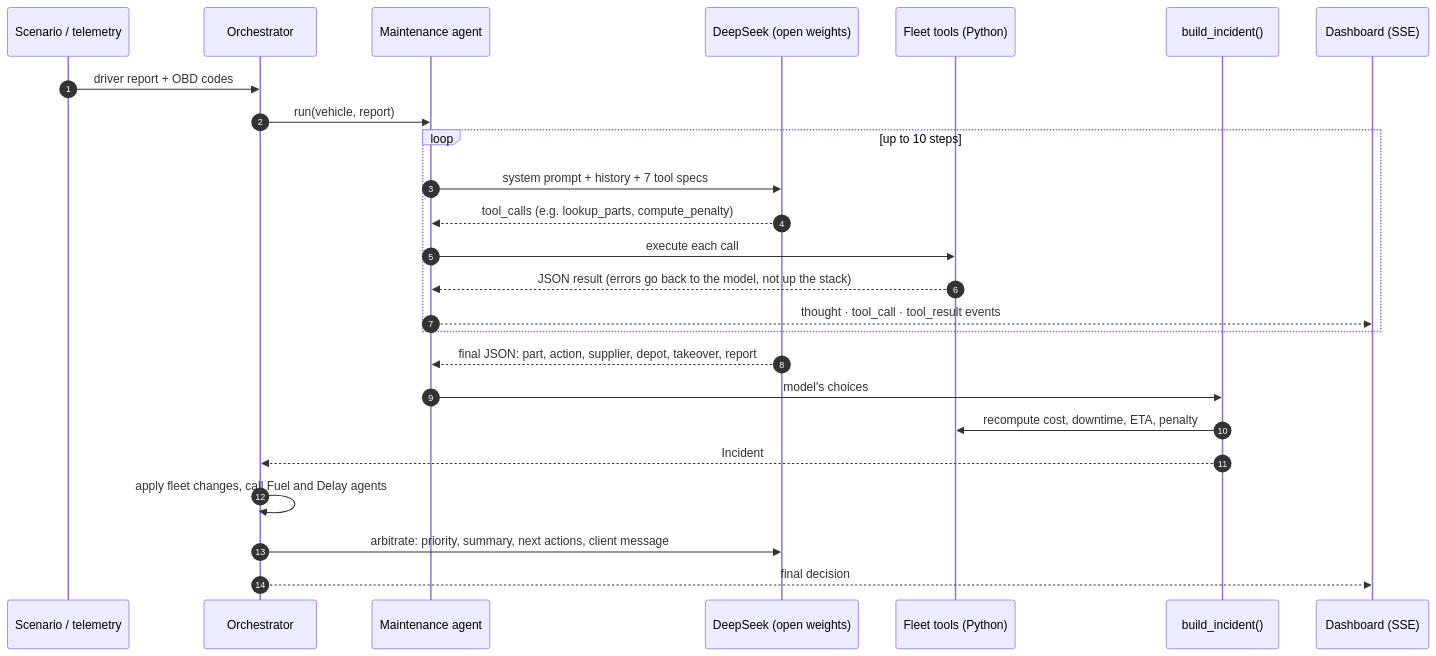
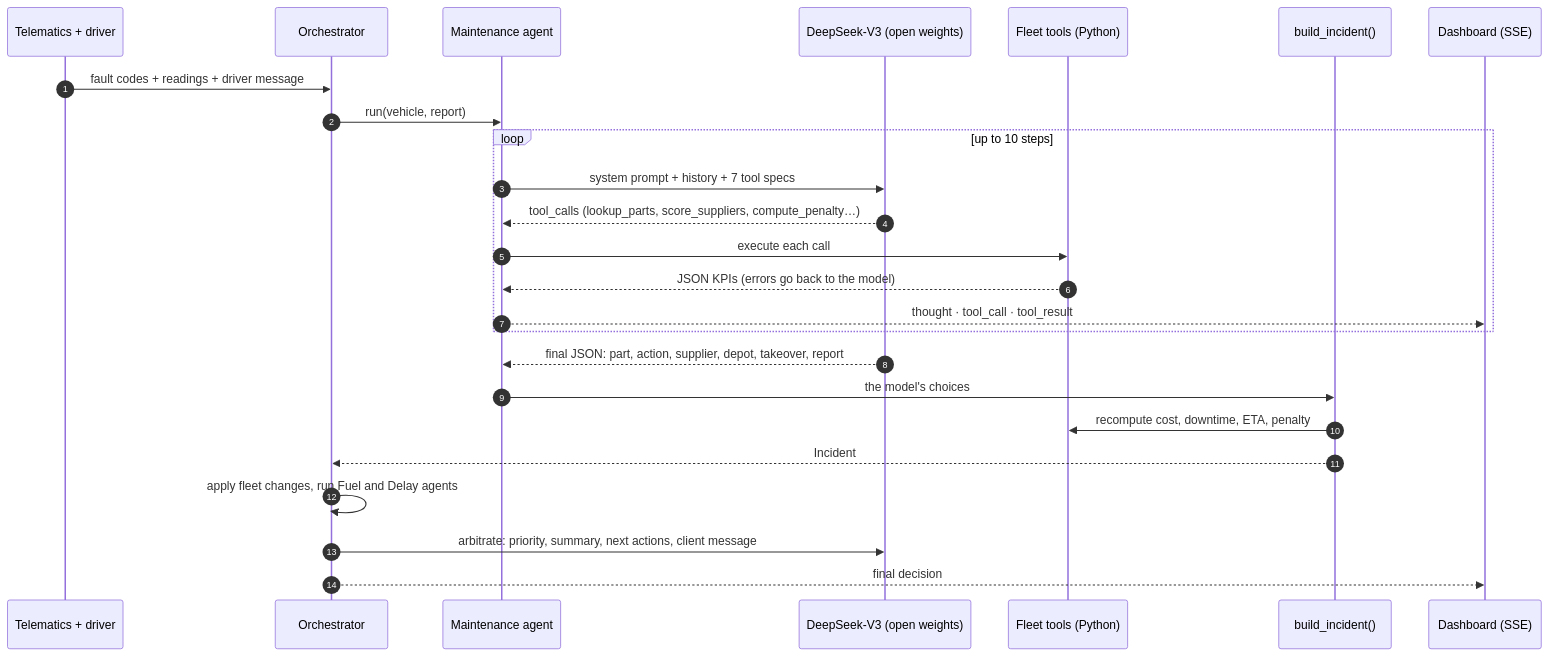
Before and after one commit to ikaymane/HACKTOBER: the first of 2 diagrams in README.md, drawn with Mermaid. The commit also changed other lines of this file and 1 other file, not shown here.

Commit message:
docs(readme): structure around judging criteria, add open model, diagnosis, KPIs, tools, team

````diff
--- a/README.md
+++ b/README.md
@@ -102,27 +208,27 @@
 ```mermaid
 sequenceDiagram
     autonumber
-    participant S as Scenario / telemetry
+    participant S as Telematics + driver
     participant O as Orchestrator
     participant M as Maintenance agent
-    participant L as DeepSeek (open weights)
+    participant L as DeepSeek-V3 (open weights)
     participant T as Fleet tools (Python)
     participant B as build_incident()
     participant UI as Dashboard (SSE)
-    S->>O: driver report + OBD codes
+    S->>O: fault codes + readings + driver message
     O->>M: run(vehicle, report)
     loop up to 10 steps
         M->>L: system prompt + history + 7 tool specs
-        L-->>M: tool_calls (e.g. lookup_parts, compute_penalty)
+        L-->>M: tool_calls (lookup_parts, score_suppliers, compute_penalty…)
         M->>T: execute each call
-        T-->>M: JSON result (errors go back to the model, not up the stack)
-        M-->>UI: thought · tool_call · tool_result events
+        T-->>M: JSON KPIs (errors go back to the model)
+        M-->>UI: thought · tool_call · tool_result
     end
     L-->>M: final JSON: part, action, supplier, depot, takeover, report
-    M->>B: model's choices
+    M->>B: the model's choices
     B->>T: recompute cost, downtime, ETA, penalty
     B-->>O: Incident
-    O->>O: apply fleet changes, call Fuel and Delay agents
+    O->>O: apply fleet changes, run Fuel and Delay agents
     O->>L: arbitrate: priority, summary, next actions, client message
     O-->>UI: final decision
 ```
````
